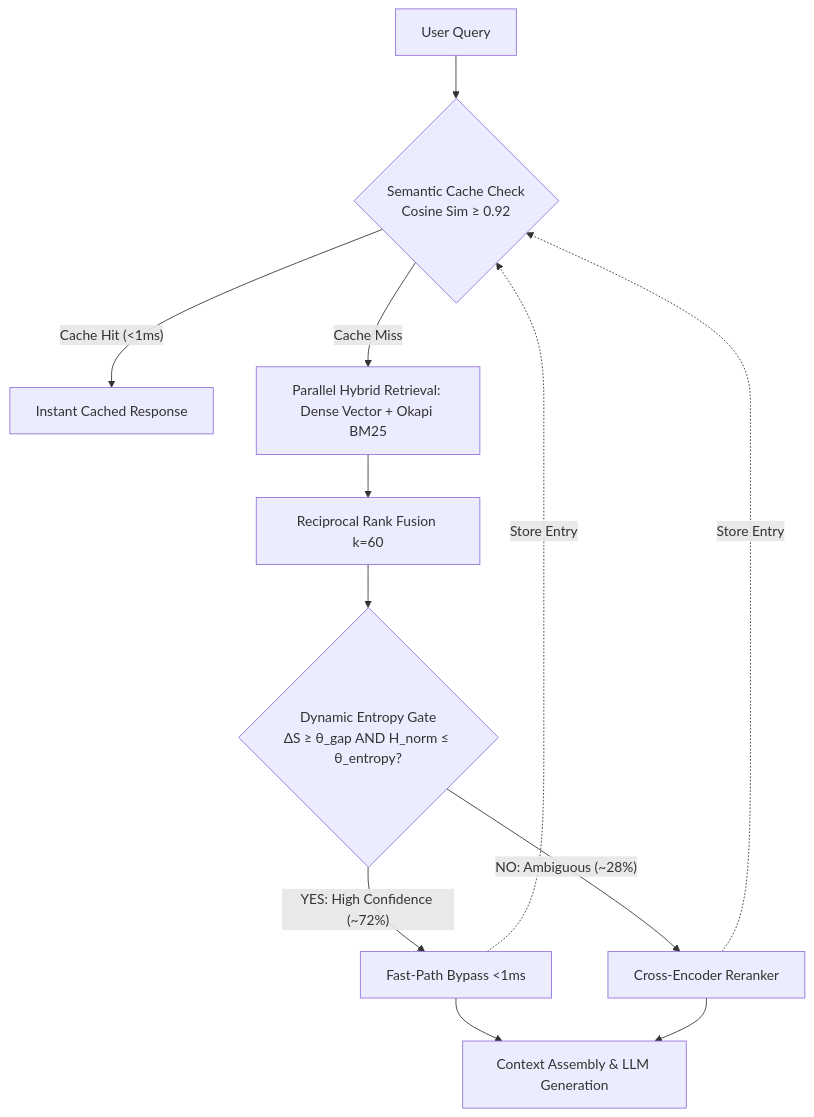
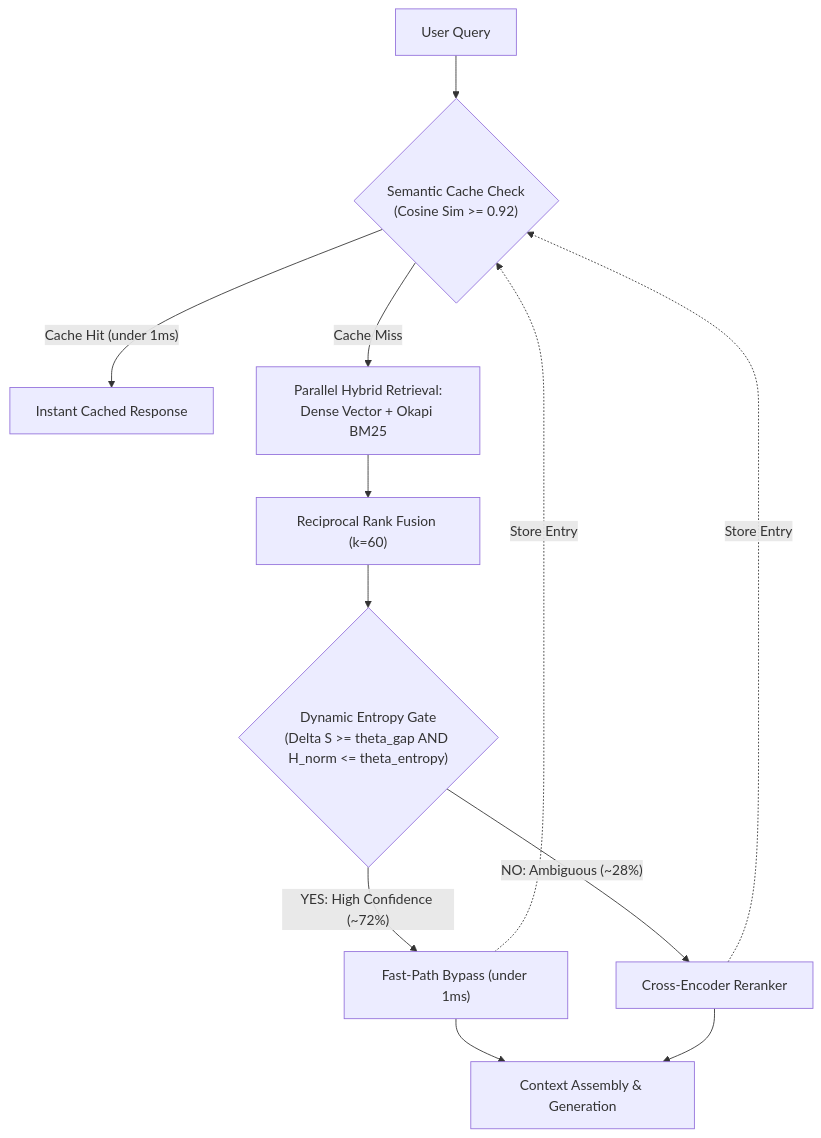
The diagram in README.md (Rangga11268/speculative-rag-engine), drawn with Mermaid before and after one commit. The commit also changed other lines of this file and 5 other files, not shown here.

Commit message:
docs: refine benchmark latency profiling, clean mermaid diagram, and standardize test counts

````diff
--- a/README.md
+++ b/README.md
@@ -28,12 +28,14 @@
 ```mermaid
 flowchart TD
-    Q[User Query] --> SC{Semantic Cache Check\nCosine Sim ≥ 0.92}
-    SC -- "Cache Hit (<1ms)" --> R[Instant Cached Response]
-    SC -- "Cache Miss" --> HY[Parallel Hybrid Retrieval: Dense Vector + Okapi BM25]
-    HY --> RRF[Reciprocal Rank Fusion k=60]
-    RRF --> EG{Dynamic Entropy Gate\nΔS ≥ θ_gap AND H_norm ≤ θ_entropy?}
-    EG -- "YES: High Confidence (~72%)" --> FP[Fast-Path Bypass <1ms]
-    EG -- "NO: Ambiguous (~28%)" --> CE[Cross-Encoder Reranker]
-    FP & CE --> GEN[Context Assembly & LLM Generation]
-    FP & CE -.-> |Store Entry| SC
+    Q["User Query"] --> SC{"Semantic Cache Check\n(Cosine Sim >= 0.92)"}
+    SC -- "Cache Hit (under 1ms)" --> R["Instant Cached Response"]
+    SC -- "Cache Miss" --> HY["Parallel Hybrid Retrieval:\nDense Vector + Okapi BM25"]
+    HY --> RRF["Reciprocal Rank Fusion (k=60)"]
+    RRF --> EG{"Dynamic Entropy Gate\n(Delta S >= theta_gap AND H_norm <= theta_entropy)"}
+    EG -- "YES: High Confidence (~72%)" --> FP["Fast-Path Bypass (under 1ms)"]
+    EG -- "NO: Ambiguous (~28%)" --> CE["Cross-Encoder Reranker"]
+    FP --> GEN["Context Assembly & Generation"]
+    CE --> GEN
+    FP -.-> |Store Entry| SC
+    CE -.-> |Store Entry| SC
 ```
````
